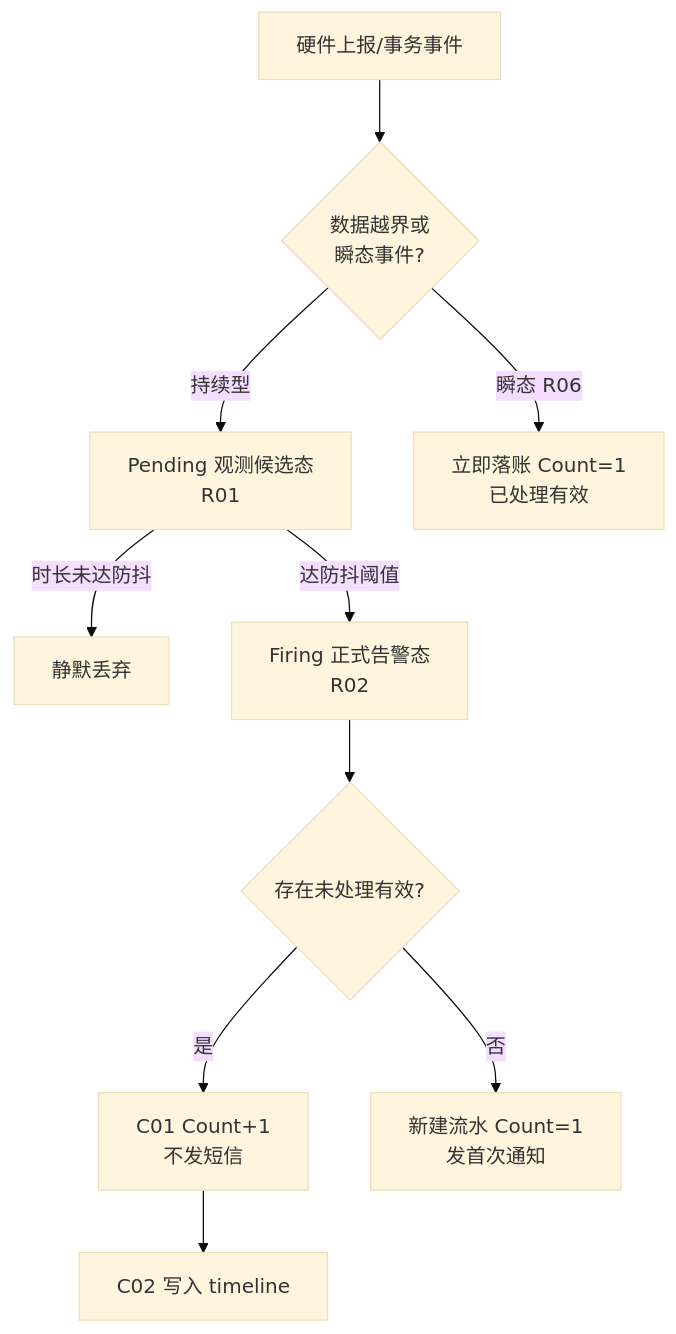
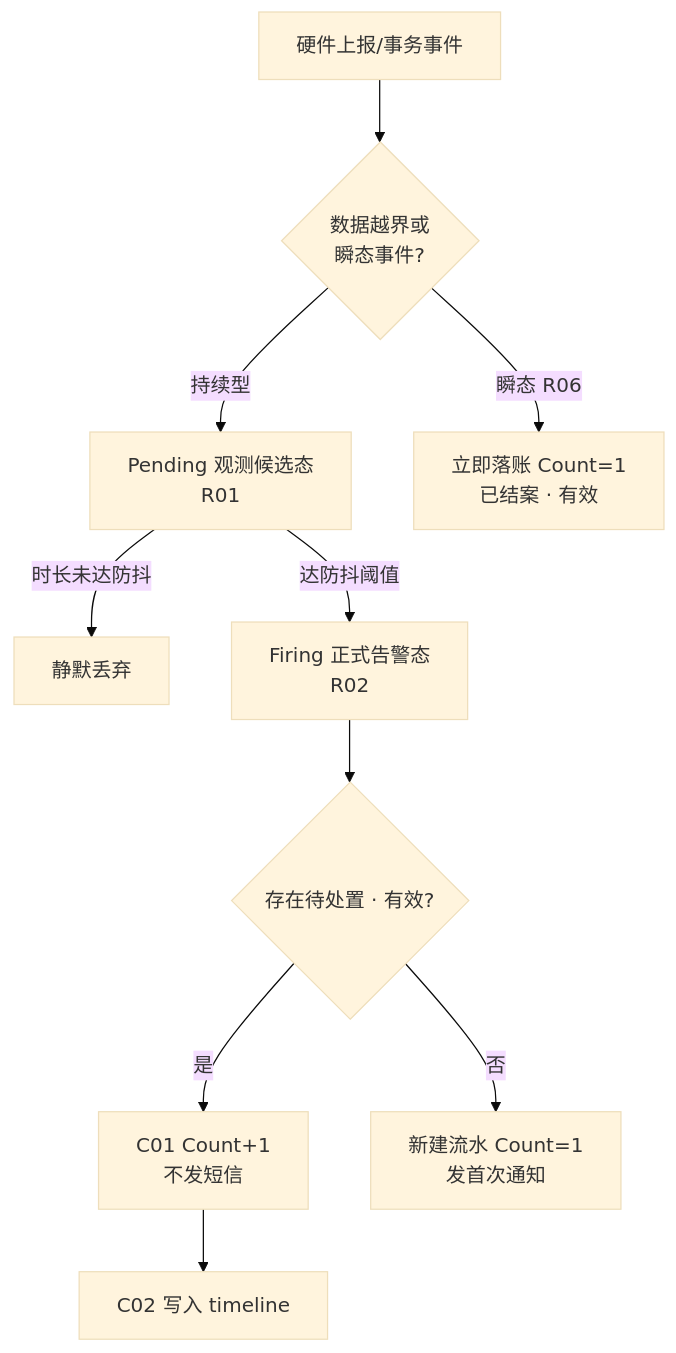
The second of 3 diagrams in 02-PRD文档/B-迭代需求/6.2版本（2026.08）/02-预警信息/01设备预警信息/设备预警信息主PRD.md (RobertHuang999/SYZC), drawn with Mermaid (base theme) before and after one commit. The commit also changed other lines of this file and 70 other files, not shown here.

````diff
--- a/02-PRD文档/B-迭代需求/6.2版本（2026.08）/02-预警信息/01设备预警信息/设备预警信息主PRD.md
+++ b/02-PRD文档/B-迭代需求/6.2版本（2026.08）/02-预警信息/01设备预警信息/设备预警信息主PRD.md
@@ -100,12 +100,12 @@
 ```mermaid
 flowchart TD
     IN[硬件上报/事务事件] --> CHK{数据越界或<br/>瞬态事件?}
     CHK -->|持续型| PEND[Pending 观测候选态<br/>R01]
     PEND -->|时长未达防抖| DROP[静默丢弃]
     PEND -->|达防抖阈值| FIRE[Firing 正式告警态<br/>R02]
-    CHK -->|瞬态 R06| INST[立即落账 Count=1<br/>已处理有效]
-    FIRE --> EXIST{存在未处理有效?}
+    CHK -->|瞬态 R06| INST[立即落账 Count=1<br/>已结案 · 有效]
+    FIRE --> EXIST{存在待处置 · 有效?}
     EXIST -->|是| AGG[C01 Count+1<br/>不发短信]
     EXIST -->|否| NEW[新建流水 Count=1<br/>发首次通知]
     AGG --> TL[C02 写入 timeline]
 ```
````
